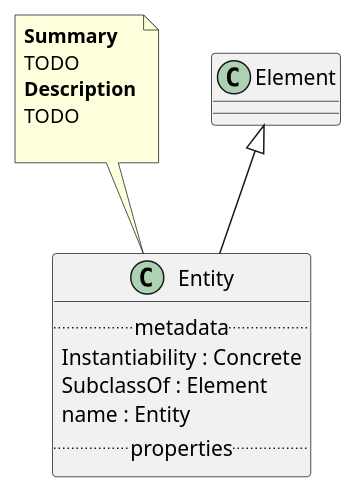
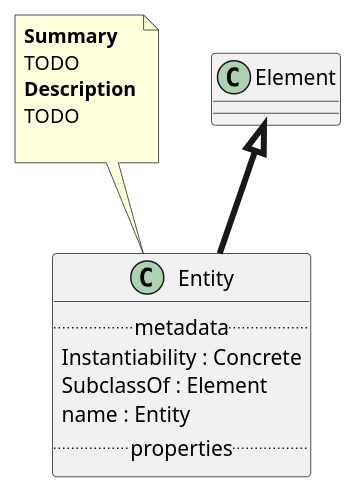
Before and after one commit to maxhbr/spec-parser.hs: the diagram in Classes/Entity.puml, drawn with PlantUML. The commit also changed 61 other files, not shown here.

```diff
--- a/Classes/Entity.puml
+++ b/Classes/Entity.puml
@@ -1,17 +1,17 @@
 @startuml
 class Entity {
 .. metadata ..
     Instantiability : Concrete
     SubclassOf : Element
     name : Entity
 .. properties ..
 }
 note top of Entity
 <b>Summary</b>
 TODO
 <b>Description</b>
 TODO
 
 end note
-"Element" <|-- "Entity"
+"Element" <|-[thickness=4]- "Entity"
 @enduml
```
